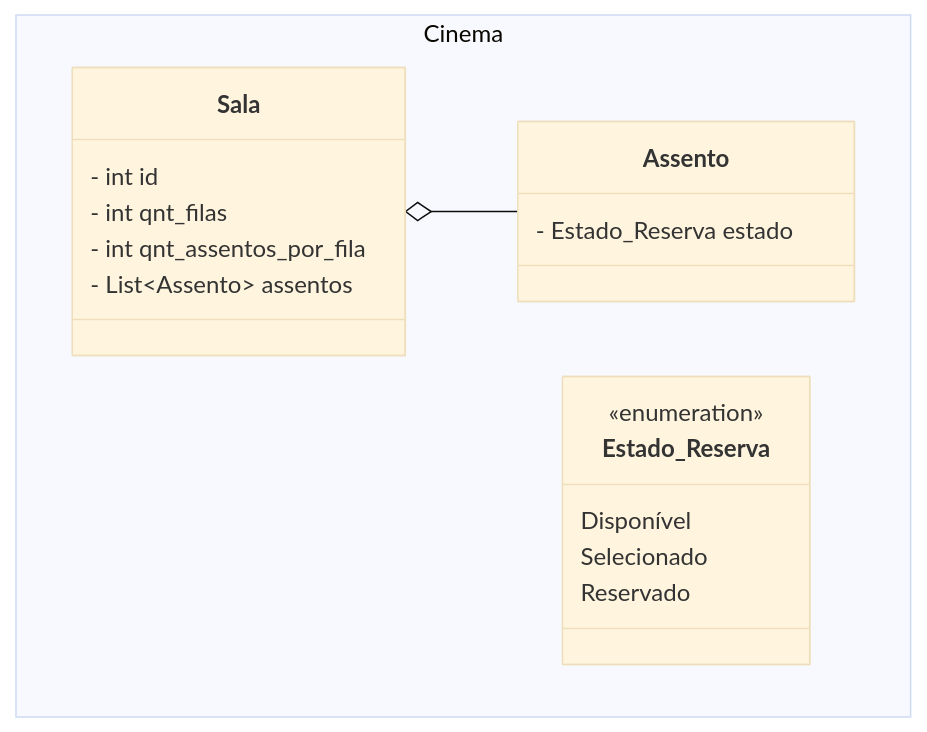
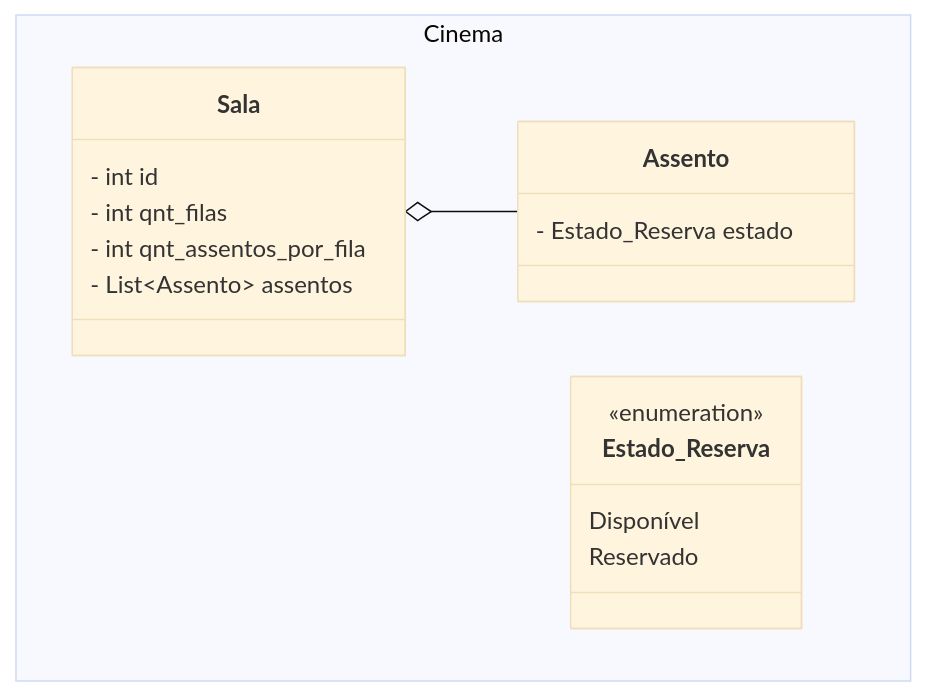
The first of 2 diagrams in README.md (andre-sch/mesi_simulator), drawn with Mermaid (base theme) before and after one commit. The commit also changed other lines of this file, not shown here.

````diff
--- a/README.md
+++ b/README.md
@@ -18,24 +18,23 @@
 ```mermaid
 classDiagram
   namespace Cinema {
     class Sala {
       - int id
       - int qnt_filas
       - int qnt_assentos_por_fila
       - List~Assento~ assentos
     }
     
     class Assento {
       - Estado_Reserva estado
     }
     
     class Estado_Reserva {
       <<enumeration>>
       Disponível
-      Selecionado
       Reservado
     }
   }
   
   Sala o-- Assento
 ```
````
